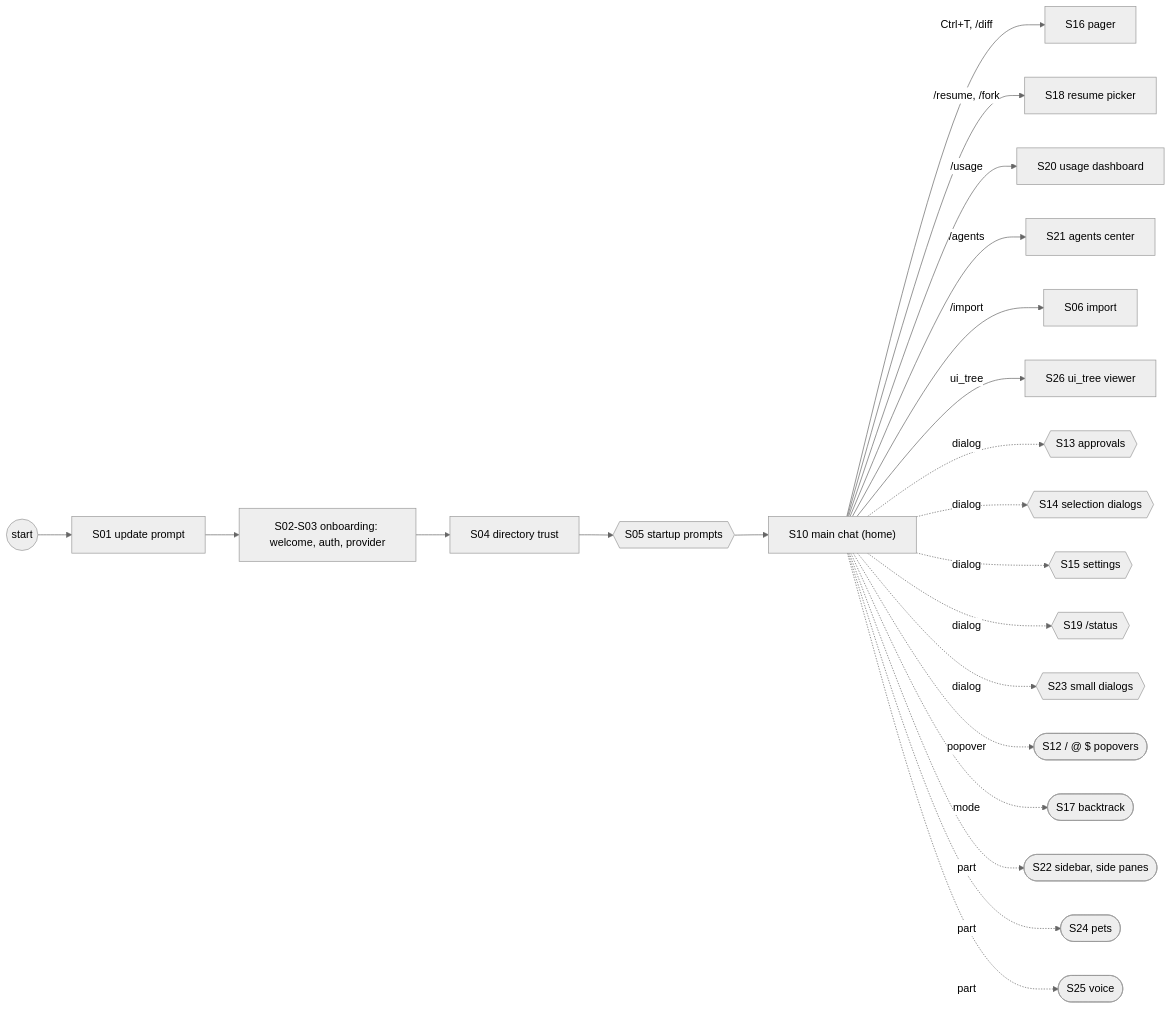
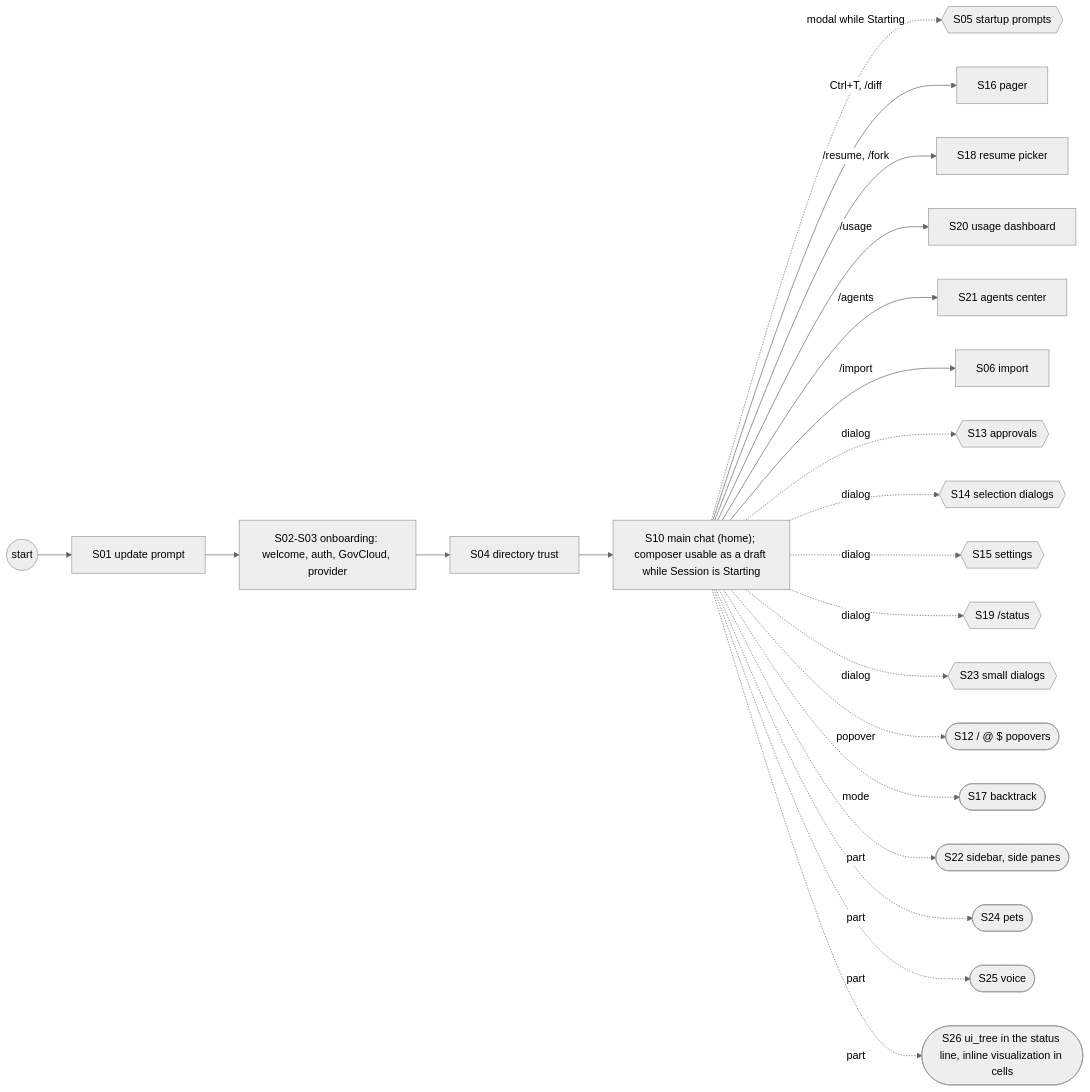
Before and after one commit to Maryarty/CodexCLI: the eighth of 11 diagrams in docs/rtwk-port/design.md, drawn with Mermaid (neutral theme). The commit also changed other lines of this file and 10 other files, not shown here.

First line of the commit message:
arch-review: independent Opus review of the architecture; findings fixed

````diff
--- a/docs/rtwk-port/design.md
+++ b/docs/rtwk-port/design.md
@@ -279,21 +312,22 @@
 ```mermaid
 flowchart LR
-  start((start)) --> upd["S01 update prompt"] --> onb["S02-S03 onboarding: welcome, auth, provider"] --> trust["S04 directory trust"] --> prompts{{"S05 startup prompts"}} --> chat
-  chat["S10 main chat (home)"]
+  start((start)) --> upd["S01 update prompt"] --> onb["S02-S03 onboarding: welcome, auth, GovCloud, provider"] --> trust["S04 directory trust"] --> chat
+  chat["S10 main chat (home); composer usable as a draft while Session is Starting"]
+  chat -.modal while Starting.-> prompts{{"S05 startup prompts"}}
   chat -->|Ctrl+T, /diff| pager["S16 pager"]
   chat -->|/resume, /fork| resume["S18 resume picker"]
   chat -->|/usage| usage["S20 usage dashboard"]
   chat -->|/agents| agents["S21 agents center"]
   chat -->|/import| imp["S06 import"]
-  chat -->|ui_tree| uit["S26 ui_tree viewer"]
   chat -.dialog.-> appr{{"S13 approvals"}}
   chat -.dialog.-> sel{{"S14 selection dialogs"}}
   chat -.dialog.-> set{{"S15 settings"}}
   chat -.dialog.-> stat{{"S19 /status"}}
   chat -.dialog.-> small{{"S23 small dialogs"}}
   chat -.popover.-> pop(["S12 / @ $ popovers"])
   chat -.mode.-> bt(["S17 backtrack"])
   chat -.part.-> side(["S22 sidebar, side panes"])
   chat -.part.-> pets(["S24 pets"])
   chat -.part.-> voice(["S25 voice"])
+  chat -.part.-> uit(["S26 ui_tree in the status line, inline visualization in cells"])
 ```
````
